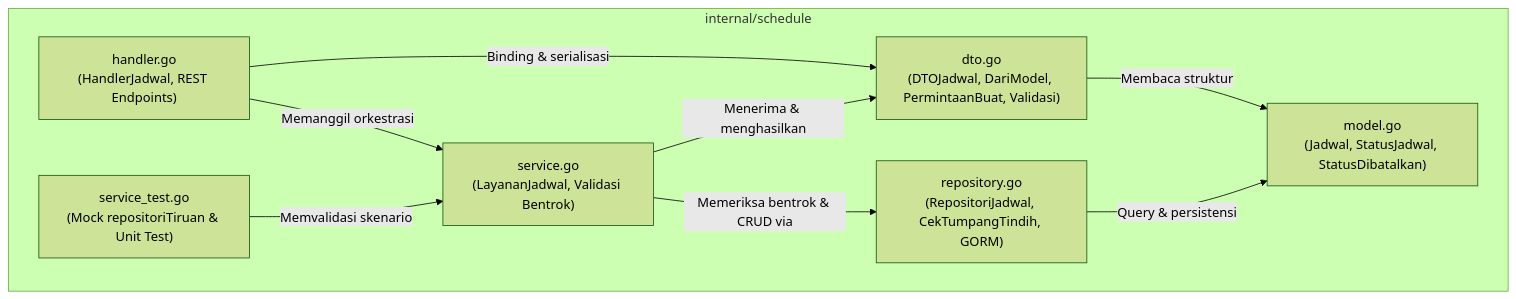
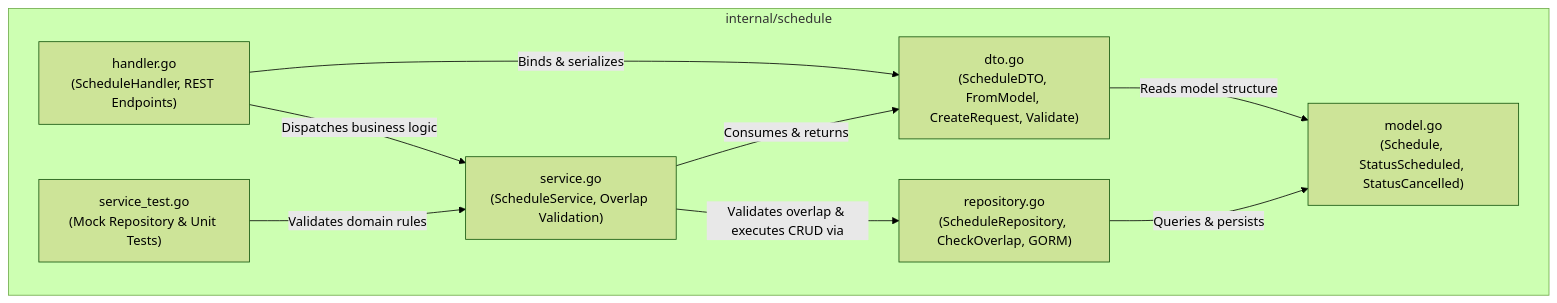
One commit to yesterdaygrace/CinemaSystem changed the second of 3 diagrams in docs/modules/schedule.md. Above: the diagram before and after it, drawn with Mermaid (forest theme). The commit also changed other lines of this file and 84 other files, not shown here.

Commit message:
docs & feat: consolidate MKP assessment deliverables, update root README and schema

````diff
--- a/docs/modules/schedule.md
+++ b/docs/modules/schedule.md
@@ -132,19 +160,19 @@
 ```mermaid
 graph TD
     subgraph "internal/schedule"
-        Model["model.go<br/>(Jadwal, StatusJadwal, StatusDibatalkan)"]
-        DTO["dto.go<br/>(DTOJadwal, DariModel, PermintaanBuat, Validasi)"]
-        Repo["repository.go<br/>(RepositoriJadwal, CekTumpangTindih, GORM)"]
-        Service["service.go<br/>(LayananJadwal, Validasi Bentrok)"]
-        Handler["handler.go<br/>(HandlerJadwal, REST Endpoints)"]
-        Test["service_test.go<br/>(Mock repositoriTiruan & Unit Test)"]
+        Model["model.go<br/>(Schedule, StatusScheduled, StatusCancelled)"]
+        DTO["dto.go<br/>(ScheduleDTO, FromModel, CreateRequest, Validate)"]
+        Repo["repository.go<br/>(ScheduleRepository, CheckOverlap, GORM)"]
+        Service["service.go<br/>(ScheduleService, Overlap Validation)"]
+        Handler["handler.go<br/>(ScheduleHandler, REST Endpoints)"]
+        Test["service_test.go<br/>(Mock Repository & Unit Tests)"]
 
-        DTO -->|Membaca struktur| Model
-        Repo -->|Query & persistensi| Model
-        Service -->|Memeriksa bentrok & CRUD via| Repo
-        Service -->|Menerima & menghasilkan| DTO
-        Handler -->|Memanggil orkestrasi| Service
-        Handler -->|Binding & serialisasi| DTO
-        Test -->|Memvalidasi skenario| Service
+        DTO -->|Reads model structure| Model
+        Repo -->|Queries & persists| Model
+        Service -->|Validates overlap & executes CRUD via| Repo
+        Service -->|Consumes & returns| DTO
+        Handler -->|Dispatches business logic| Service
+        Handler -->|Binds & serializes| DTO
+        Test -->|Validates domain rules| Service
     end
 ```
````
